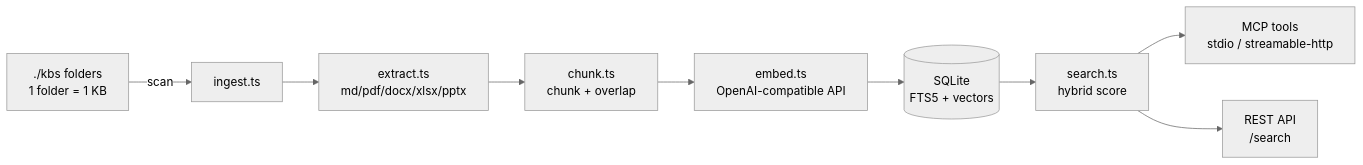
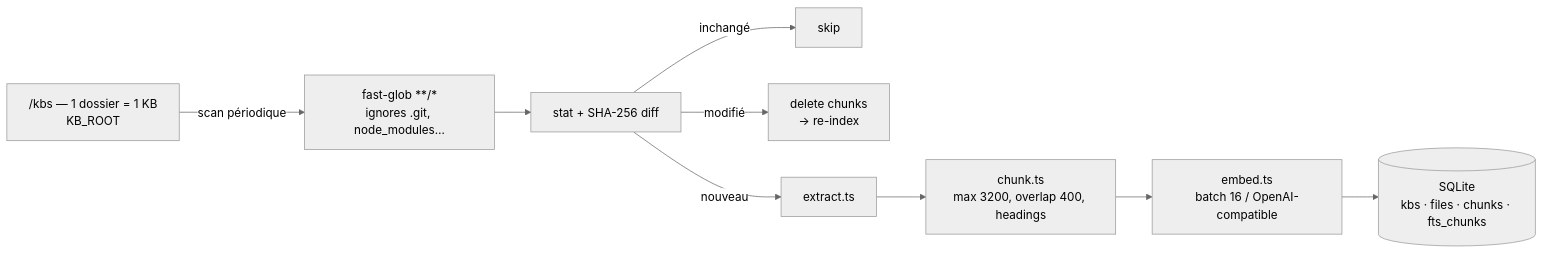
The second of 3 diagrams in docs/guide/architecture.md (openhoat/rag-hub-mcp), drawn with Mermaid (neutral theme) before and after one commit. The commit also changed other lines of this file and 2 other files, not shown here.

First line of the commit message:
docs: rewrite architecture guide, enrich README, add MCP inspector script

````diff
--- a/docs/guide/architecture.md
+++ b/docs/guide/architecture.md
@@ -7,11 +56,11 @@
 ```mermaid
 graph LR
-    F[./kbs folders<br/>1 folder = 1 KB] -->|scan| ING[ingest.ts]
-    ING --> EXT[extract.ts<br/>md/pdf/docx/xlsx/pptx]
-    EXT --> CH[chunk.ts<br/>chunk + overlap]
-    CH --> EMB[embed.ts<br/>OpenAI-compatible API]
-    EMB --> DB[(SQLite<br/>FTS5 + vectors)]
-    DB --> SRCH[search.ts<br/>hybrid score]
-    SRCH --> MCP[MCP tools<br/>stdio / streamable-http]
-    SRCH --> REST[REST API<br/>/search]
+    F["/kbs — 1 dossier = 1 KB<br/>KB_ROOT"] -->|scan périodique| GLOB["fast-glob **/*<br/>ignores .git, node_modules…"]
+    GLOB --> STAT["stat + SHA-256 diff"]
+    STAT -->|inchangé| SKIP["skip"]
+    STAT -->|modifié| RE["delete chunks<br/>-> re-index"]
+    STAT -->|nouveau| EXTR["extract.ts"]
+    EXTR --> CH["chunk.ts<br/>max 3200, overlap 400, headings"]
+    CH --> EMB["embed.ts<br/>batch 16 / OpenAI-compatible"]
+    EMB --> DB[("SQLite<br/>kbs · files · chunks · fts_chunks")]
 ```
````
